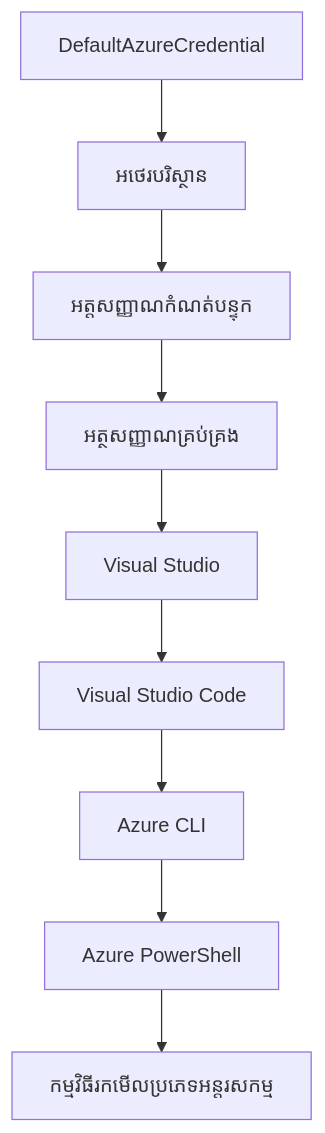
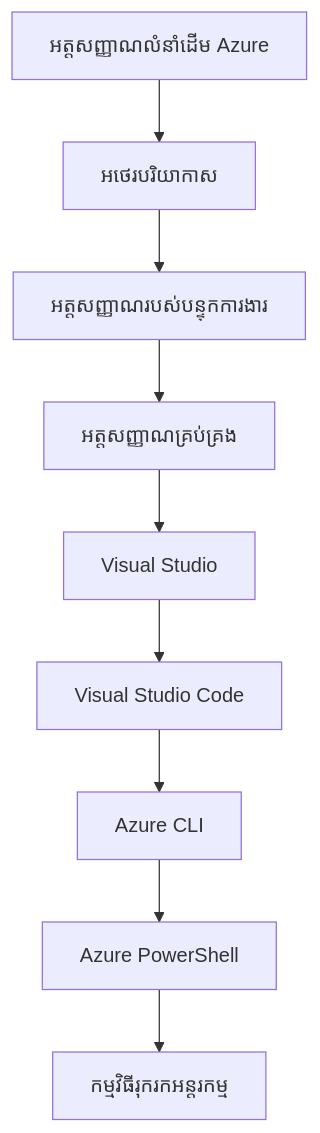
One commit to microsoft/AZD-for-beginners changed the second of 2 diagrams in translations/km/docs/chapter-01-foundation/azd-basics.md. Above: the diagram before and after it, drawn with Mermaid. The commit also changed other lines of this file and 34 other files, not shown here.

````diff
--- a/translations/km/docs/chapter-01-foundation/azd-basics.md
+++ b/translations/km/docs/chapter-01-foundation/azd-basics.md
@@ -591,11 +606,11 @@
 ```mermaid
 graph TD
-    A[DefaultAzureCredential] --> B[អថេរបរិស្ថាន]
-    B --> C[អត្តសញ្ញាណកំណត់បន្ទុក]
-    C --> D[អត្ថសញ្ញាណគ្រប់គ្រង]
+    A[អត្តសញ្ញាណលំនាំដើម Azure] --> B[អថេរបរិយាកាស]
+    B --> C[អត្តសញ្ញាណរបស់បន្ទុកការងារ]
+    C --> D[អត្តសញ្ញាណគ្រប់គ្រង]
     D --> E[Visual Studio]
     E --> F[Visual Studio Code]
     F --> G[Azure CLI]
     G --> H[Azure PowerShell]
-    H --> I[កម្មវិធីរកមើលប្រភេទអន្តរសកម្ម]
+    H --> I[កម្មវិធីរុករកអន្តរកម្ម]
 ```
````
